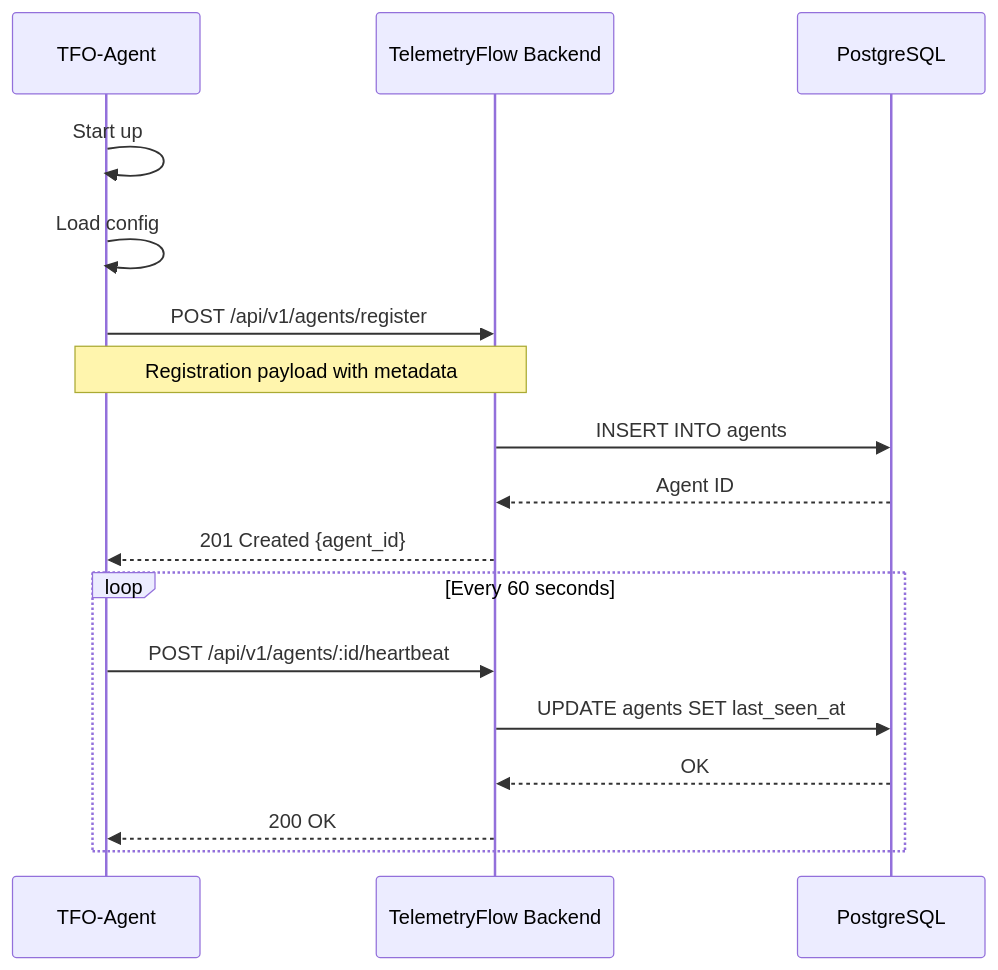
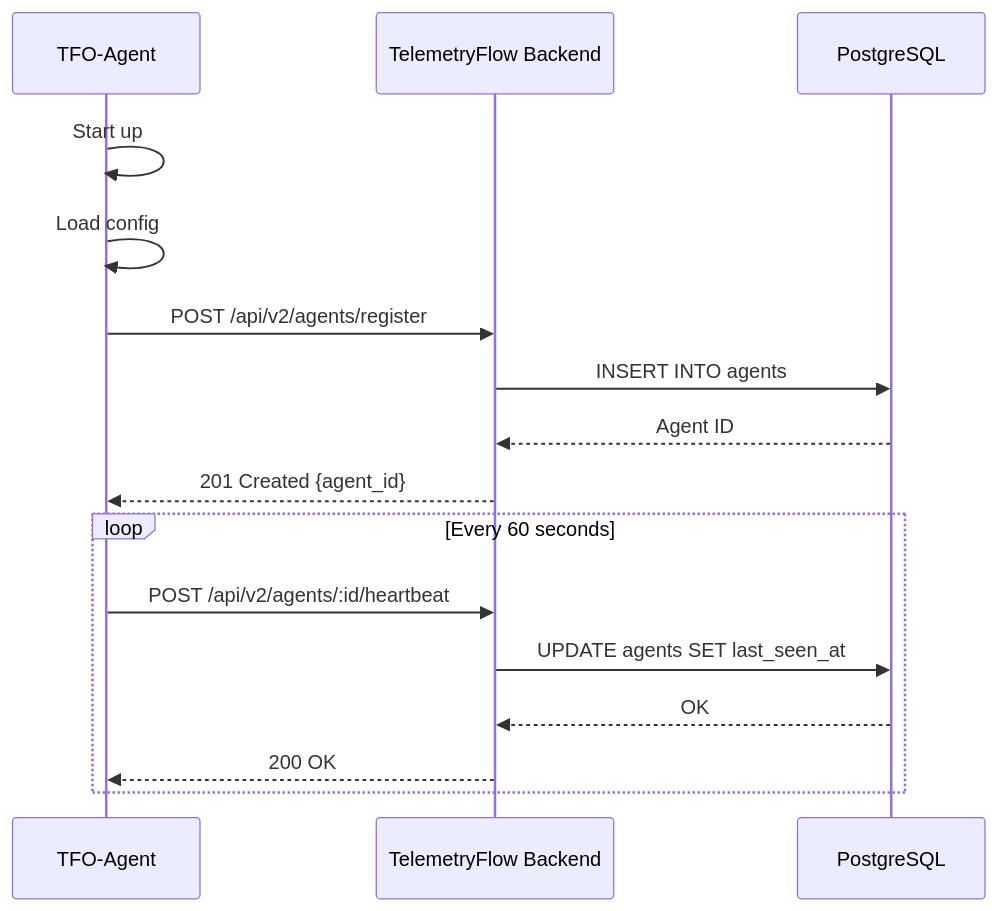
Before and after one commit to telemetryflow/telemetryflow-overview: the third of 4 diagrams in tfo-otel/TFO-OTEL-AGENT.md, drawn with Mermaid. The commit also changed other lines of this file and 68 other files, not shown here.

````diff
--- a/tfo-otel/TFO-OTEL-AGENT.md
+++ b/tfo-otel/TFO-OTEL-AGENT.md
@@ -722,22 +731,20 @@
 ```mermaid
 sequenceDiagram
     participant Agent as TFO-Agent
     participant Backend as TelemetryFlow Backend
     participant DB as PostgreSQL
 
     Agent->>Agent: Start up
     Agent->>Agent: Load config
-    Agent->>Backend: POST /api/v1/agents/register
-    Note over Agent,Backend: Registration payload with metadata
-
+    Agent->>Backend: POST /api/v2/agents/register
     Backend->>DB: INSERT INTO agents
     DB-->>Backend: Agent ID
     Backend-->>Agent: 201 Created {agent_id}
 
     loop Every 60 seconds
-        Agent->>Backend: POST /api/v1/agents/:id/heartbeat
+        Agent->>Backend: POST /api/v2/agents/:id/heartbeat
         Backend->>DB: UPDATE agents SET last_seen_at
         DB-->>Backend: OK
         Backend-->>Agent: 200 OK
     end
 ```
````
